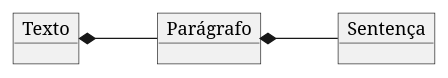
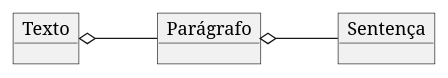
Before and after one commit to kyriosdata/oo: the diagram in Imagens/modelos-01/imagem-04/mod01ima04.plantuml, drawn with PlantUML. The commit also changed 13 other files, not shown here.

```diff
--- a/Imagens/modelos-01/imagem-04/mod01ima04.plantuml
+++ b/Imagens/modelos-01/imagem-04/mod01ima04.plantuml
@@ -1,10 +1,9 @@
 @startuml mod01ima04
 skinparam nodesep 5
 object "Texto" as o1
 object "Parágrafo" as o2
 object "Sentença" as o3
-
 left to right direction
-o1 *-- o2 
-o2 *-- o3
+o1 o-- o2 
+o2 o-- o3
 @enduml
```
